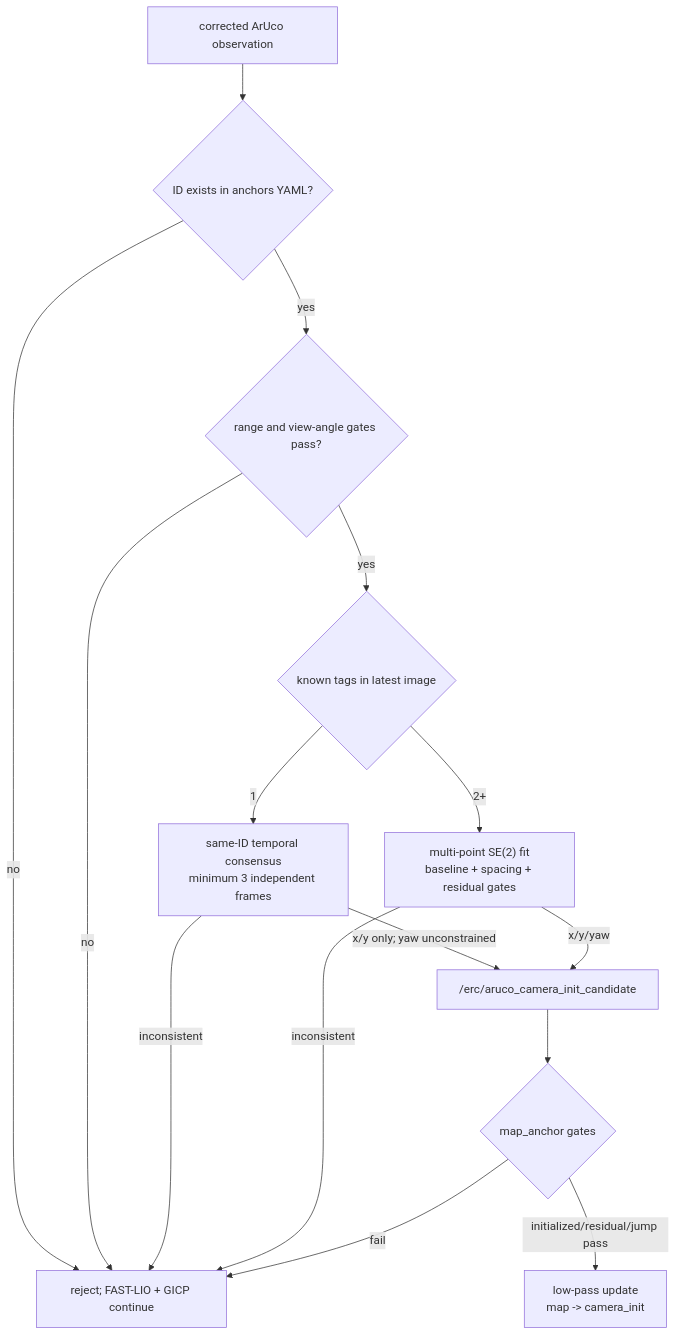
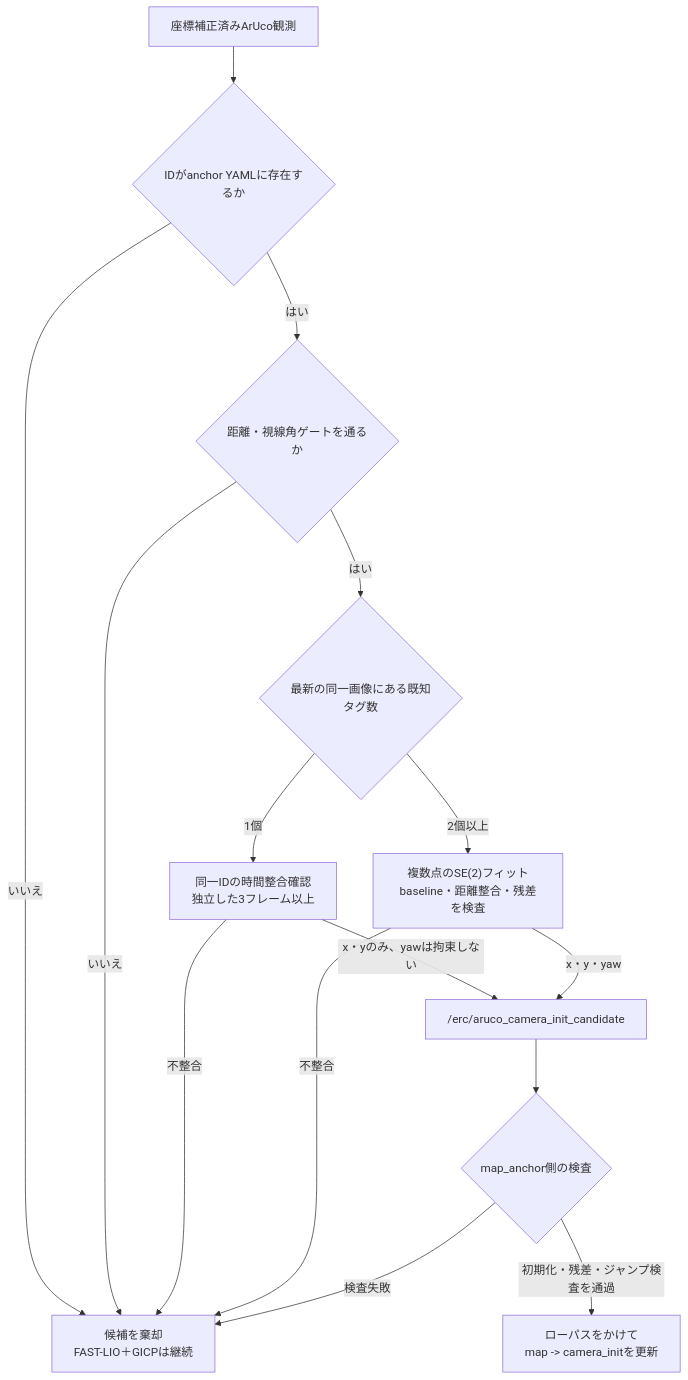
Before and after one commit to setomitsumasa/src: the fourth of 4 diagrams in doc/erc_localization_graph.md, drawn with Mermaid. The commit also changed other lines of this file and 2 other files, not shown here.

````diff
--- a/doc/erc_localization_graph.md
+++ b/doc/erc_localization_graph.md
@@ -147,28 +290,28 @@
 ```mermaid
 flowchart TD
-  OBS["corrected ArUco observation"]
-  KNOWN{"ID exists in anchors YAML?"}
-  RANGE{"range and view-angle gates pass?"}
-  COUNT{"known tags in latest image"}
-  CONS["same-ID temporal consensus<br/>minimum 3 independent frames"]
-  FIT["multi-point SE(2) fit<br/>baseline + spacing + residual gates"]
+  OBS["座標補正済みArUco観測"]
+  KNOWN{"IDがanchor YAMLに存在するか"}
+  RANGE{"距離・視線角ゲートを通るか"}
+  COUNT{"最新の同一画像にある既知タグ数"}
+  CONS["同一IDの時間整合確認<br/>独立した3フレーム以上"]
+  FIT["複数点のSE(2)フィット<br/>baseline・距離整合・残差を検査"]
   CAND["/erc/aruco_camera_init_candidate"]
-  FUSION{"map_anchor gates"}
-  APPLY["low-pass update<br/>map -> camera_init"]
-  DROP["reject; FAST-LIO + GICP continue"]
+  FUSION{"map_anchor側の検査"}
+  APPLY["ローパスをかけて<br/>map -> camera_initを更新"]
+  DROP["候補を棄却<br/>FAST-LIO＋GICPは継続"]
 
   OBS --> KNOWN
-  KNOWN -- no --> DROP
-  KNOWN -- yes --> RANGE
-  RANGE -- no --> DROP
-  RANGE -- yes --> COUNT
-  COUNT -- "1" --> CONS
-  COUNT -- "2+" --> FIT
-  CONS -- "x/y only; yaw unconstrained" --> CAND
-  FIT -- "x/y/yaw" --> CAND
-  CONS -- inconsistent --> DROP
-  FIT -- inconsistent --> DROP
+  KNOWN -- "いいえ" --> DROP
+  KNOWN -- "はい" --> RANGE
+  RANGE -- "いいえ" --> DROP
+  RANGE -- "はい" --> COUNT
+  COUNT -- "1個" --> CONS
+  COUNT -- "2個以上" --> FIT
+  CONS -- "x・yのみ、yawは拘束しない" --> CAND
+  FIT -- "x・y・yaw" --> CAND
+  CONS -- "不整合" --> DROP
+  FIT -- "不整合" --> DROP
   CAND --> FUSION
-  FUSION -- "initialized/residual/jump pass" --> APPLY
-  FUSION -- fail --> DROP
+  FUSION -- "初期化・残差・ジャンプ検査を通過" --> APPLY
+  FUSION -- "検査失敗" --> DROP
 ```
````
